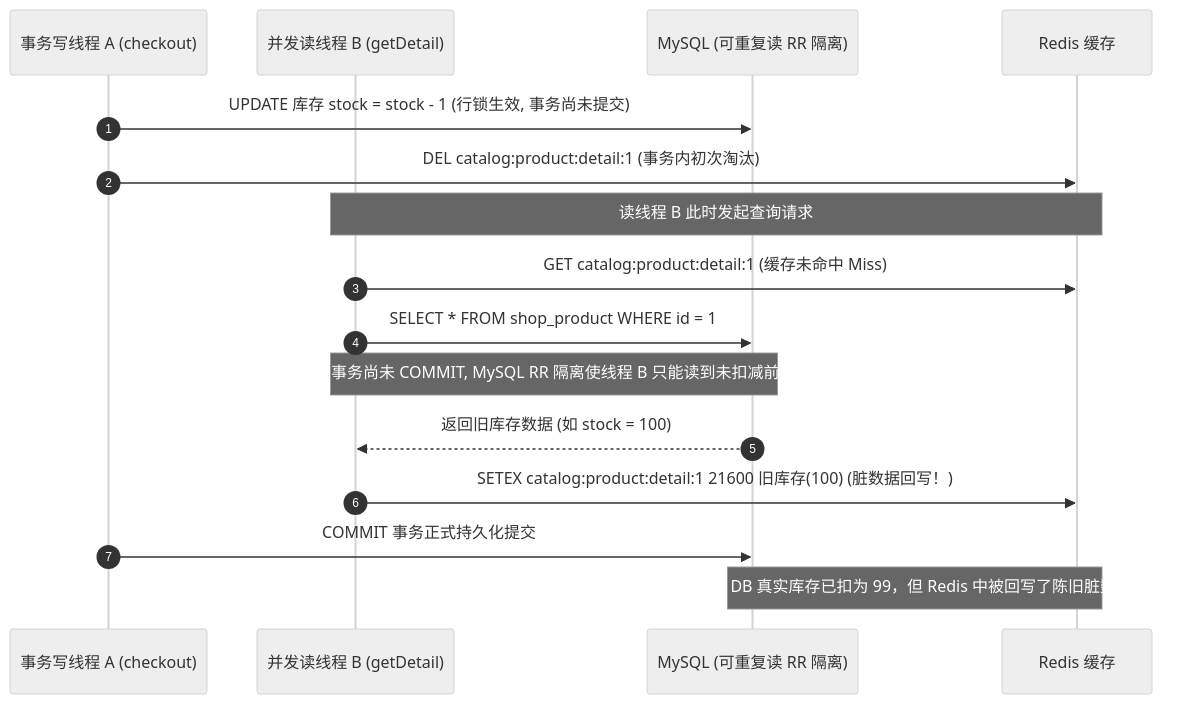
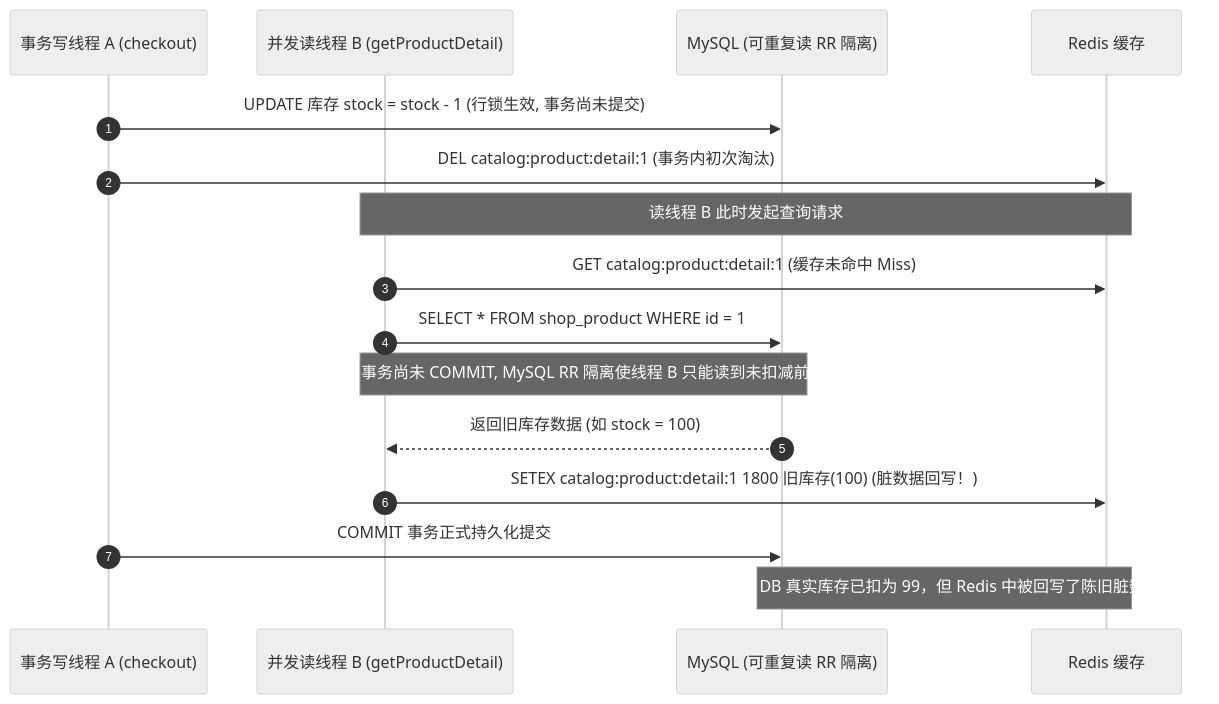
One commit to 2095262816ght-cpu/JavaWebCourseDesign changed the second of 3 diagrams in docs/principles/04-redis-caching-patterns.md. Above: the diagram before and after it, drawn with Mermaid (neutral theme). The commit also changed other lines of this file and 209 other files, not shown here.

````diff
--- a/docs/principles/04-redis-caching-patterns.md
+++ b/docs/principles/04-redis-caching-patterns.md
@@ -137,19 +147,19 @@
 ```mermaid
 sequenceDiagram
     autonumber
     participant Trx as 事务写线程 A (checkout)
-    participant Reader as 并发读线程 B (getDetail)
+    participant Reader as 并发读线程 B (getProductDetail)
     participant DB as MySQL (可重复读 RR 隔离)
     participant Redis as Redis 缓存
 
     Trx->>DB: UPDATE 库存 stock = stock - 1 (行锁生效, 事务尚未提交)
     Trx->>Redis: DEL catalog:product:detail:1 (事务内初次淘汰)
     Note over Reader,Redis: 读线程 B 此时发起查询请求
     Reader->>Redis: GET catalog:product:detail:1 (缓存未命中 Miss)
     Reader->>DB: SELECT * FROM shop_product WHERE id = 1
     Note over Reader,DB: 由于线程 A 事务尚未 COMMIT, MySQL RR 隔离使线程 B 只能读到未扣减前的旧快照！
     DB-->>Reader: 返回旧库存数据 (如 stock = 100)
-    Reader->>Redis: SETEX catalog:product:detail:1 21600 旧库存(100) (脏数据回写！)
+    Reader->>Redis: SETEX catalog:product:detail:1 1800 旧库存(100) (脏数据回写！)
     Trx->>DB: COMMIT 事务正式持久化提交
     Note over DB,Redis: 最终灾难：DB 真实库存已扣为 99，但 Redis 中被回写了陈旧脏数据 100！
 ```
````
